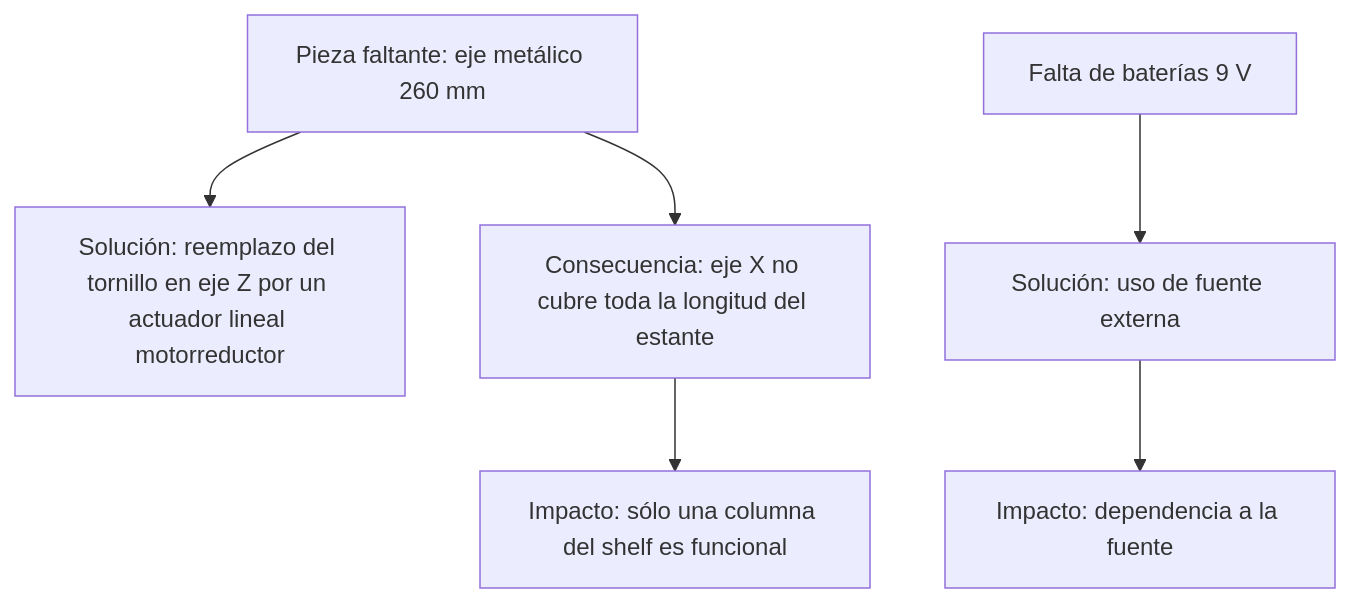
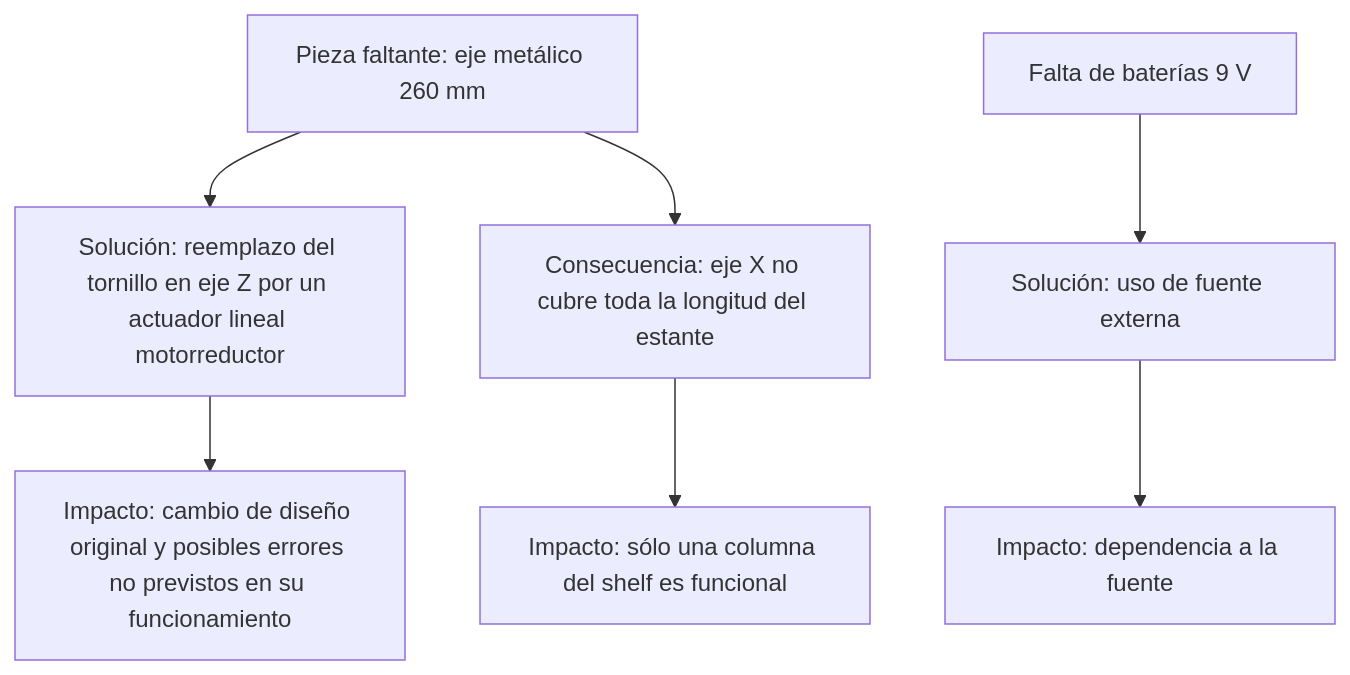
One commit to SB-312/Proyecto-Intermedio-IIoT changed the fourth of 4 diagrams in README.md. Above: the diagram before and after it, drawn with Mermaid.

````diff
--- a/README.md
+++ b/README.md
@@ -136,9 +136,10 @@
 ```mermaid
 graph TD
     A[Pieza faltante: eje metálico 260 mm] --> B[Solución: reemplazo del tornillo en eje Z por un actuador lineal motorreductor]
     A --> C[Consecuencia: eje X no cubre toda la longitud del estante]
     C --> D[Impacto: sólo una columna del shelf es funcional]
+    B --> E[Impacto: cambio de diseño original y posibles errores no previstos en su funcionamiento]
 
-    E[Falta de baterías 9 V] --> F[Solución: uso de fuente externa]
-    F --> G[Impacto: dependencia a la fuente]
+    F[Falta de baterías 9 V] --> G[Solución: uso de fuente externa]
+    G --> H[Impacto: dependencia a la fuente]
 ```
````
